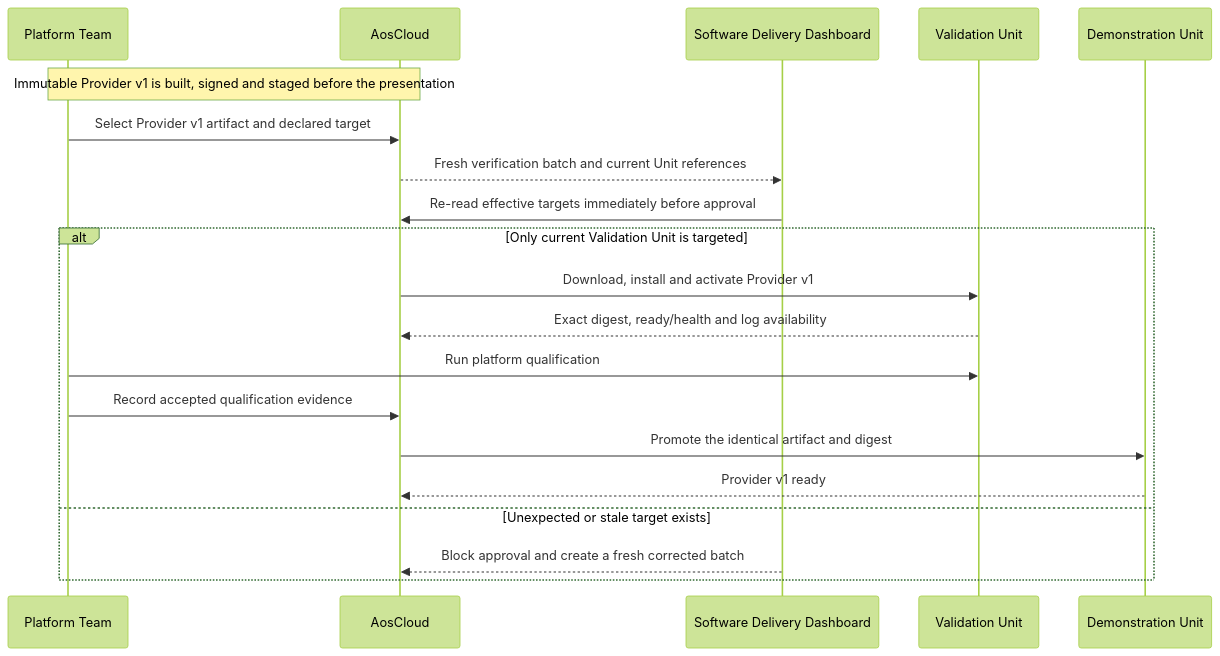
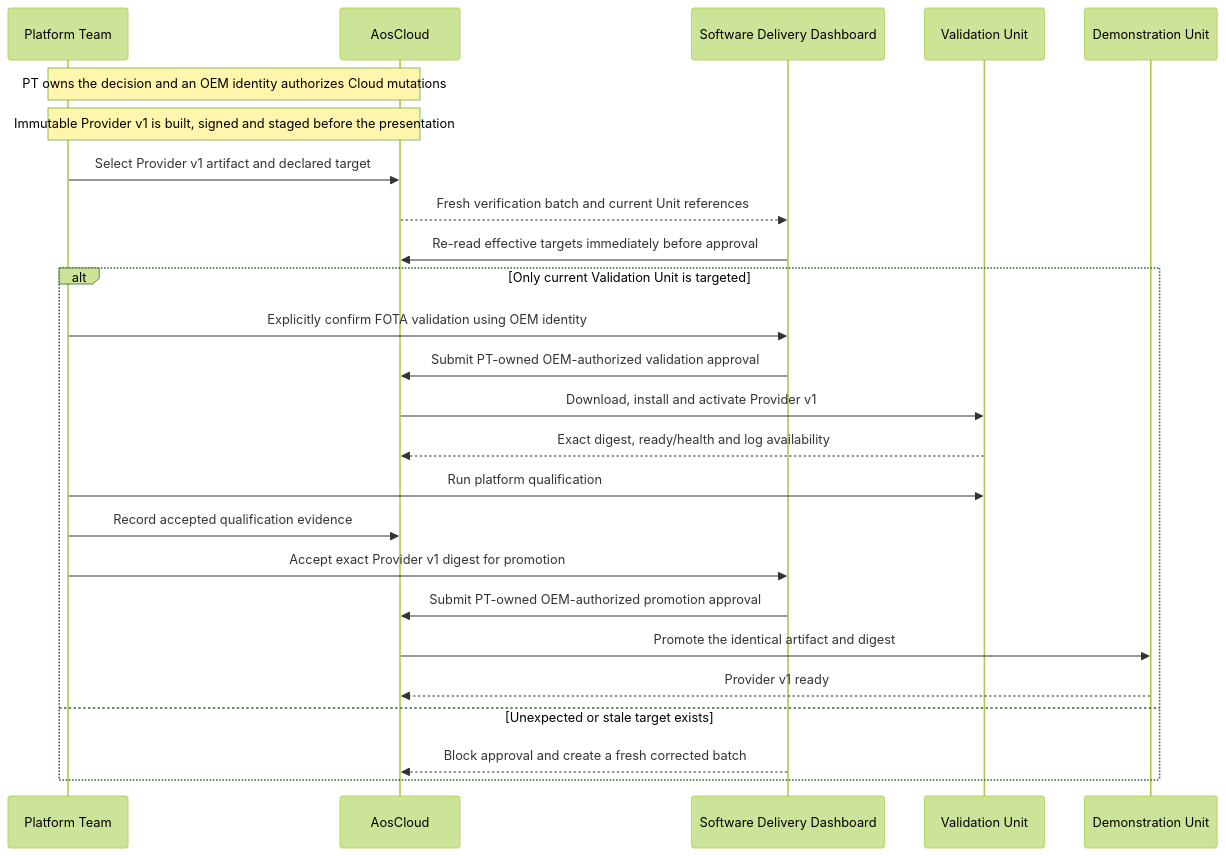
One commit to alexmaninblack/aosedge-sdv-demo changed the fifth of 17 diagrams in docs/architecture/demo-scenario-architecture-flows.md. Above: the diagram before and after it, drawn with Mermaid (forest theme). The commit also changed other lines of this file and 9 other files, not shown here.

````diff
--- a/docs/architecture/demo-scenario-architecture-flows.md
+++ b/docs/architecture/demo-scenario-architecture-flows.md
@@ -354,23 +362,28 @@
 ```mermaid
 sequenceDiagram
     participant PT as Platform Team
     participant AC as AosCloud
     participant SD as Software Delivery Dashboard
     participant VU as Validation Unit
     participant DU as Demonstration Unit
 
+    Note over PT,AC: PT owns the decision and an OEM identity authorizes Cloud mutations
     Note over PT,AC: Immutable Provider v1 is built, signed and staged before the presentation
     PT->>AC: Select Provider v1 artifact and declared target
     AC-->>SD: Fresh verification batch and current Unit references
     SD->>AC: Re-read effective targets immediately before approval
     alt Only current Validation Unit is targeted
+        PT->>SD: Explicitly confirm FOTA validation using OEM identity
+        SD->>AC: Submit PT-owned OEM-authorized validation approval
         AC->>VU: Download, install and activate Provider v1
         VU-->>AC: Exact digest, ready/health and log availability
         PT->>VU: Run platform qualification
         PT->>AC: Record accepted qualification evidence
+        PT->>SD: Accept exact Provider v1 digest for promotion
+        SD->>AC: Submit PT-owned OEM-authorized promotion approval
         AC->>DU: Promote the identical artifact and digest
         DU-->>AC: Provider v1 ready
     else Unexpected or stale target exists
         SD-->>AC: Block approval and create a fresh corrected batch
     end
 ```
````
